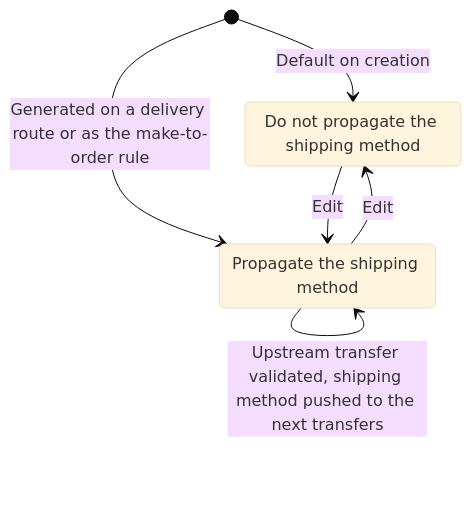
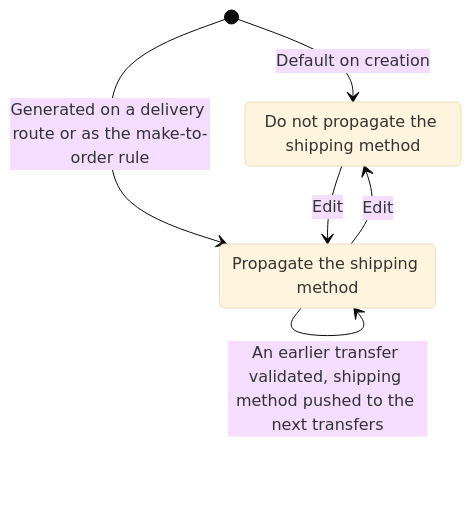
The tenth of 48 diagrams in docs/domains/replenishment-and-procurement/state-machines.md (vast-development-method/odoo-doc), drawn with Mermaid (base theme) before and after one commit. The commit also changed other lines of this file and 4 other files, not shown here.

````diff
--- a/docs/domains/replenishment-and-procurement/state-machines.md
+++ b/docs/domains/replenishment-and-procurement/state-machines.md
@@ -550,11 +563,11 @@
 ```mermaid
 stateDiagram-v2
     [*] --> DoNotPropagate: Default on creation
     [*] --> Propagate: Generated on a delivery route or as the make-to-order rule
     state "Do not propagate the shipping method" as DoNotPropagate
     state "Propagate the shipping method" as Propagate
     DoNotPropagate --> Propagate: Edit
     Propagate --> DoNotPropagate: Edit
     Propagate --> Propagate: Transfer created, shipping method and tracking reference copied from the chain
-    Propagate --> Propagate: Upstream transfer validated, shipping method pushed to the next transfers
+    Propagate --> Propagate: An earlier transfer validated, shipping method pushed to the next transfers
 ```
````
